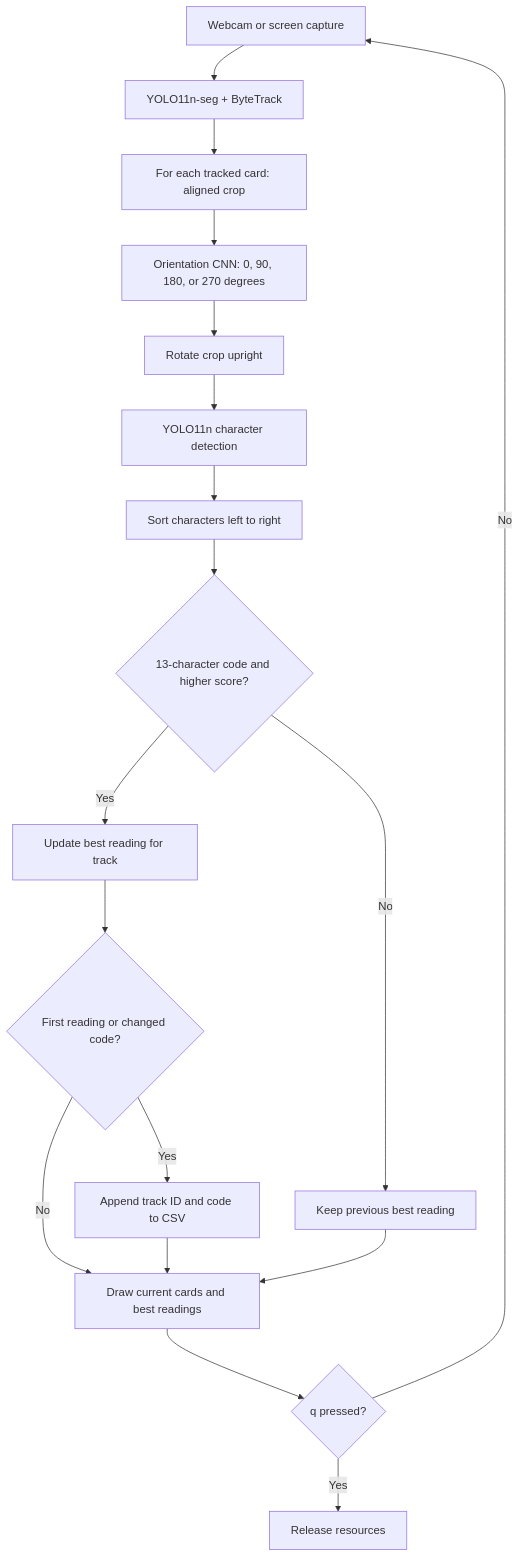
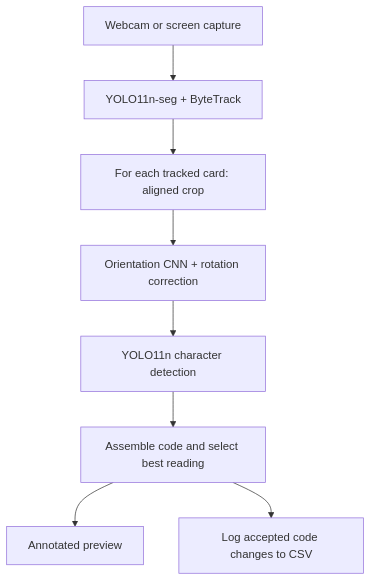
One commit to GabrielFJanu/ptcg-code-reader changed the diagram in README.md. Above: the diagram before and after it, drawn with Mermaid. The commit also changed other lines of this file, not shown here.

````diff
--- a/README.md
+++ b/README.md
@@ -36,20 +35,10 @@
 ```mermaid
 flowchart TD
     A[Webcam or screen capture] --> B[YOLO11n-seg + ByteTrack]
     B --> C[For each tracked card: aligned crop]
-    C --> D[Orientation CNN: 0, 90, 180, or 270 degrees]
-    D --> E[Rotate crop upright]
-    E --> F[YOLO11n character detection]
-    F --> G[Sort characters left to right]
-    G --> H{13-character code and higher score?}
-    H -->|Yes| I[Update best reading for track]
-    I --> J{First reading or changed code?}
-    J -->|Yes| K[Append track ID and code to CSV]
-    H -->|No| L[Keep previous best reading]
-    J -->|No| M[Draw current cards and best readings]
-    K --> M
-    L --> M
-    M --> N{q pressed?}
-    N -->|No| A
-    N -->|Yes| O[Release resources]
+    C --> D[Orientation CNN + rotation correction]
+    D --> E[YOLO11n character detection]
+    E --> F[Assemble code and select best reading]
+    F --> G[Annotated preview]
+    F --> H[Log accepted code changes to CSV]
 ```
````
